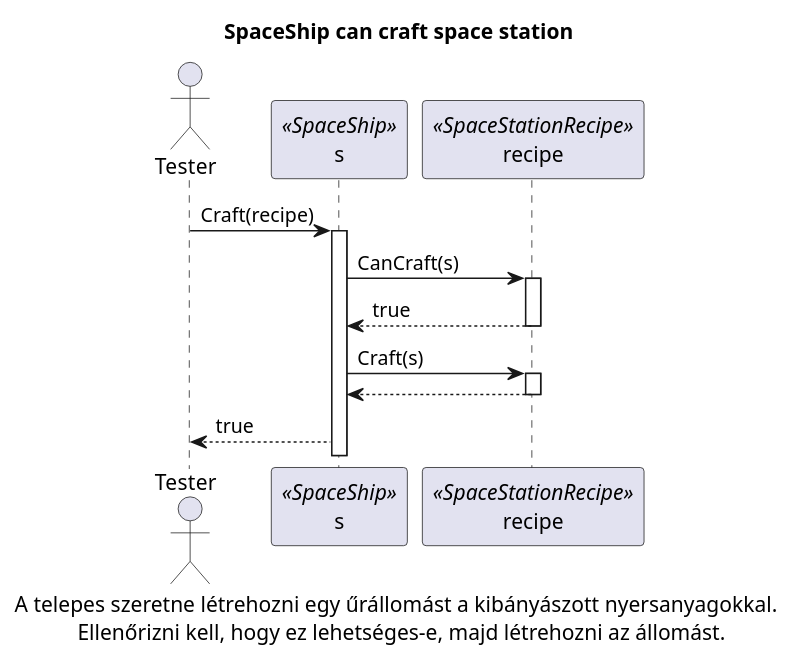
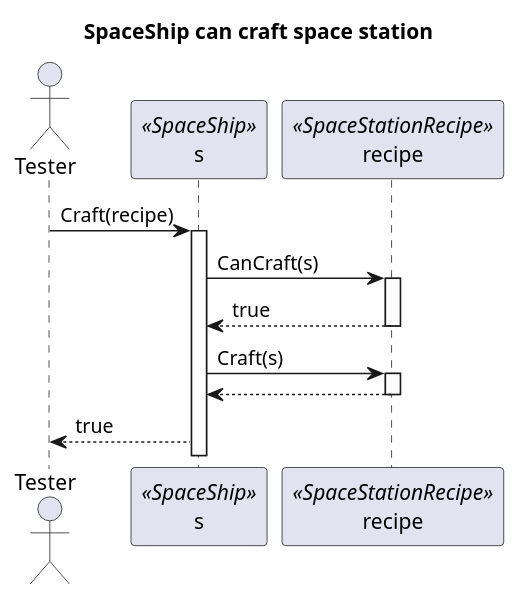
The diagram in docs/Skeleton/diagrams/Craft_space_station/sequence/1.CanCraft_station.puml (viseguard-studios/Documentation), drawn with PlantUML before and after one commit. The commit also changed 14 other files, not shown here.

Commit message:
update uml

```diff
--- a/docs/Skeleton/diagrams/Craft_space_station/sequence/1.CanCraft_station.puml
+++ b/docs/Skeleton/diagrams/Craft_space_station/sequence/1.CanCraft_station.puml
@@ -1,22 +1,21 @@
 @startuml
 
 actor Tester as Tester
 participant s as s <<SpaceShip>>
 participant recipe as recipe <<SpaceStationRecipe>>
 
 
 title SpaceShip can craft space station
 
 Tester -> s++: Craft(recipe)
 
 s-> recipe++: CanCraft(s)
 recipe --> s --: true
 
 s-> recipe++: Craft(s) 
 recipe-->s--: 
 
 s--> Tester: true
 
-caption  A telepes szeretne létrehozni egy űrállomást a kibányászott nyersanyagokkal. \n Ellenőrizni kell, hogy ez lehetséges-e, majd létrehozni az állomást. 
 
 @enduml
```
